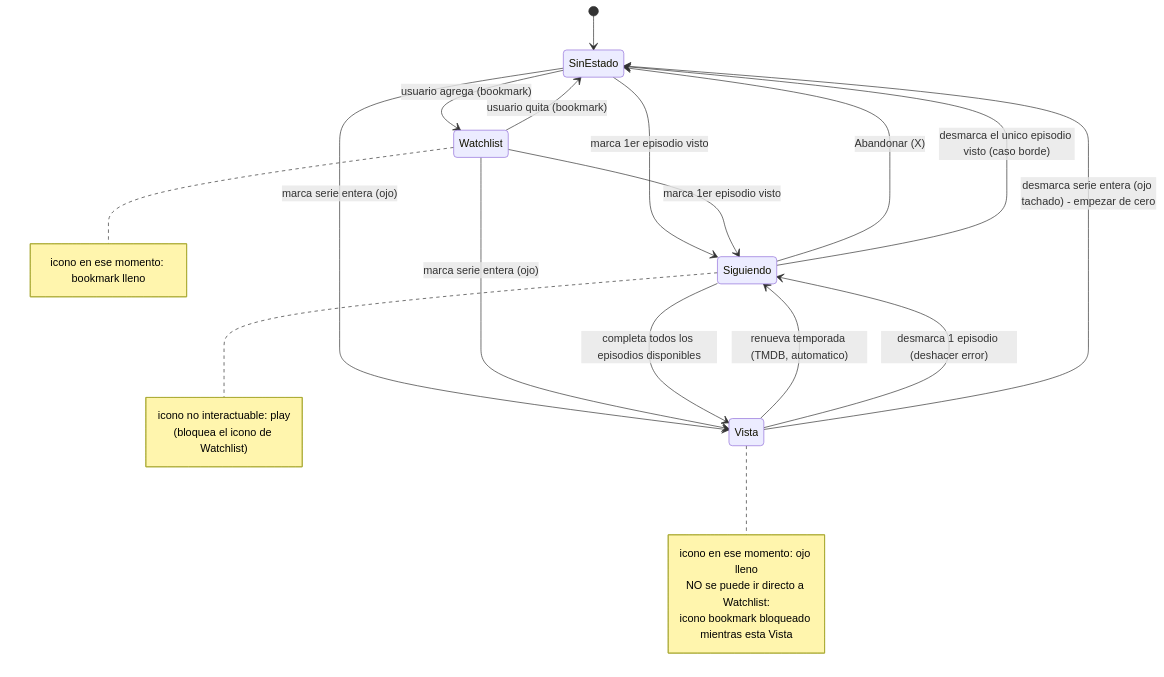
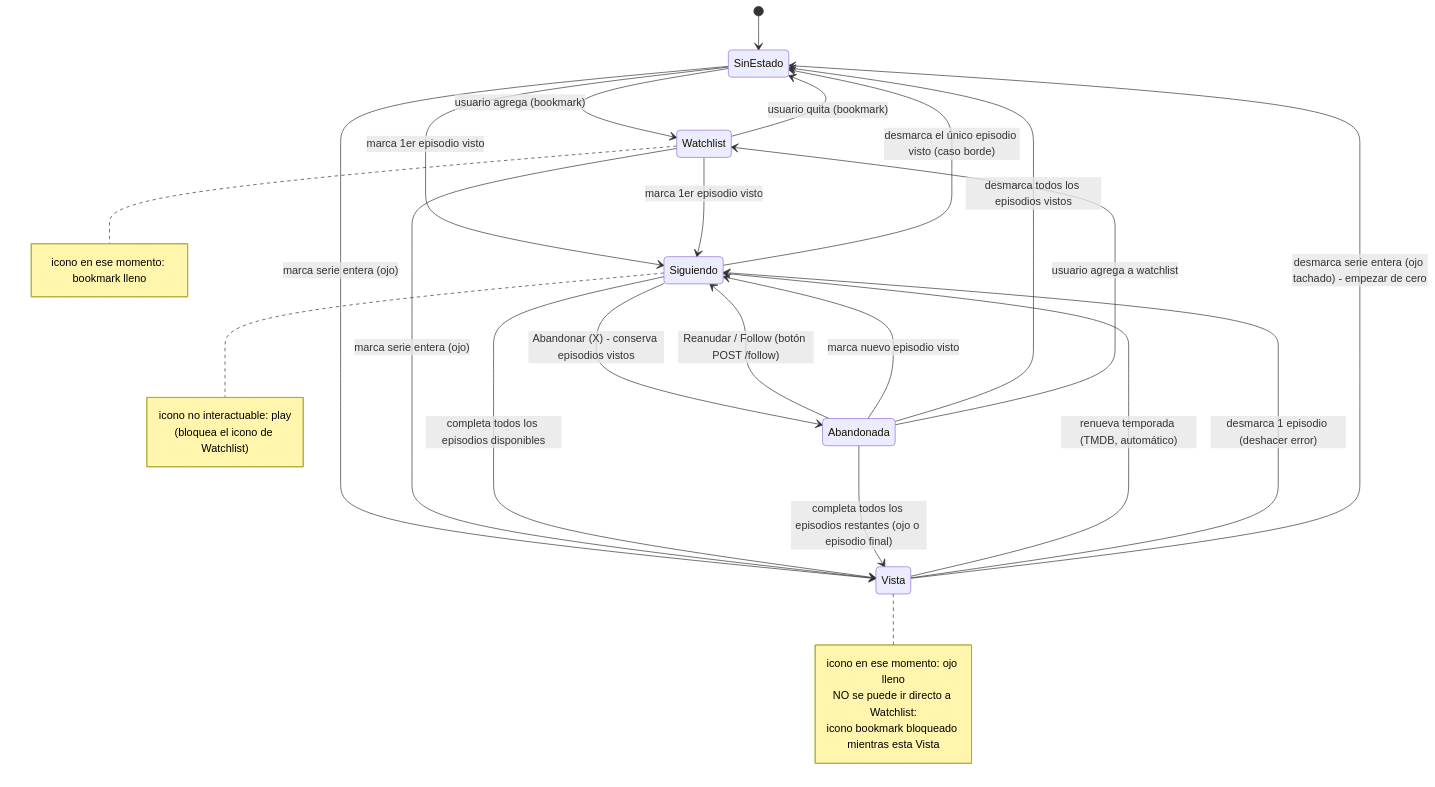
The diagram in docs/UML/estados/estados_series.mmd (damianvc31/CineTrack), drawn with Mermaid before and after one commit. The commit also changed 9 other files, not shown here.

Commit message:
feat(states): add explicit abandonada state and follow endpoint to resume series

```diff
--- a/docs/UML/estados/estados_series.mmd
+++ b/docs/UML/estados/estados_series.mmd
@@ -1,31 +1,37 @@
 stateDiagram-v2
   [*] --> SinEstado
 
   SinEstado --> Watchlist : usuario agrega (bookmark)
   Watchlist --> SinEstado : usuario quita (bookmark)
   SinEstado --> Siguiendo : marca 1er episodio visto
   SinEstado --> Vista : marca serie entera (ojo)
 
   Watchlist --> Siguiendo : marca 1er episodio visto
   Watchlist --> Vista : marca serie entera (ojo)
 
   Siguiendo --> Vista : completa todos los episodios disponibles
-  Siguiendo --> SinEstado : Abandonar (X)
-  Siguiendo --> SinEstado : desmarca el unico episodio visto (caso borde)
+  Siguiendo --> Abandonada : Abandonar (X) - conserva episodios vistos
+  Siguiendo --> SinEstado : desmarca el único episodio visto (caso borde)
 
-  Vista --> Siguiendo : renueva temporada (TMDB, automatico)
+  Abandonada --> Siguiendo : Reanudar / Follow (botón POST /follow)
+  Abandonada --> Siguiendo : marca nuevo episodio visto
+  Abandonada --> Vista : completa todos los episodios restantes (ojo o episodio final)
+  Abandonada --> SinEstado : desmarca todos los episodios vistos
+  Abandonada --> Watchlist : usuario agrega a watchlist
+
+  Vista --> Siguiendo : renueva temporada (TMDB, automático)
   Vista --> Siguiendo : desmarca 1 episodio (deshacer error)
   Vista --> SinEstado : desmarca serie entera (ojo tachado) - empezar de cero
 
   note right of Watchlist
     icono en ese momento: bookmark lleno
   end note
   note right of Siguiendo
     icono no interactuable: play
     (bloquea el icono de Watchlist)
   end note
   note right of Vista
     icono en ese momento: ojo lleno
     NO se puede ir directo a Watchlist:
     icono bookmark bloqueado mientras esta Vista
   end note
```
